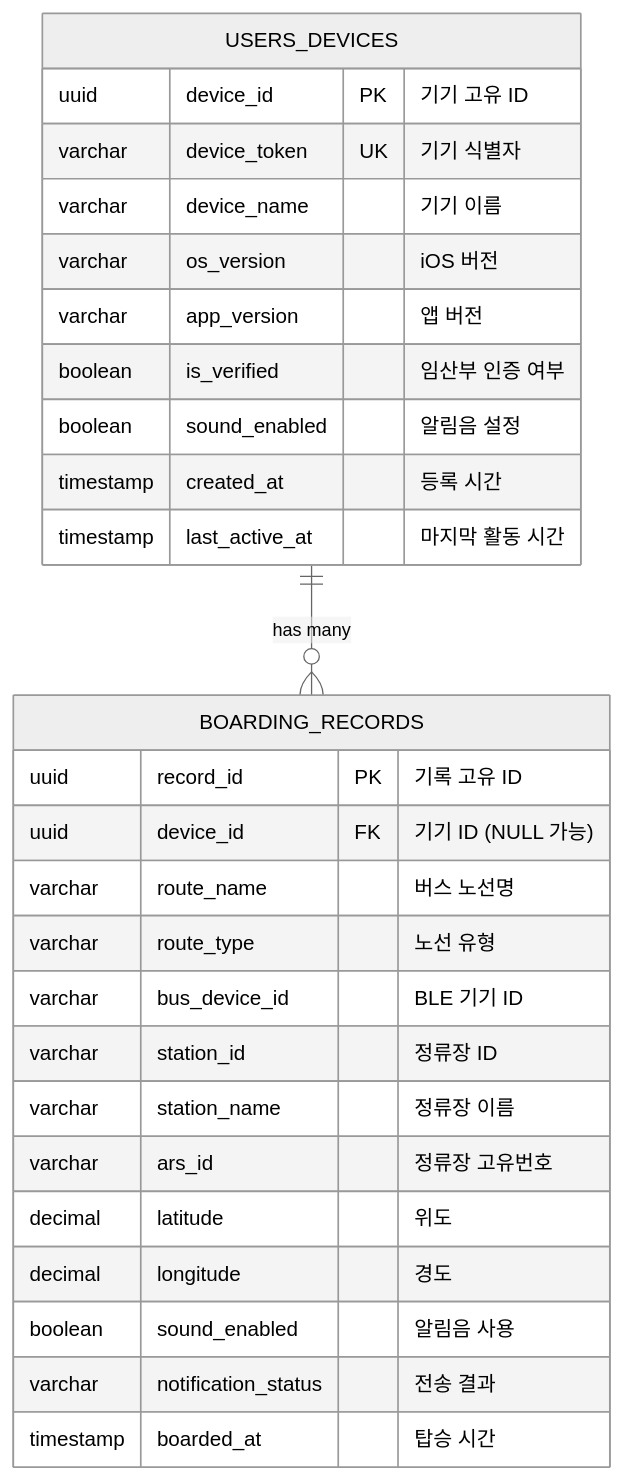
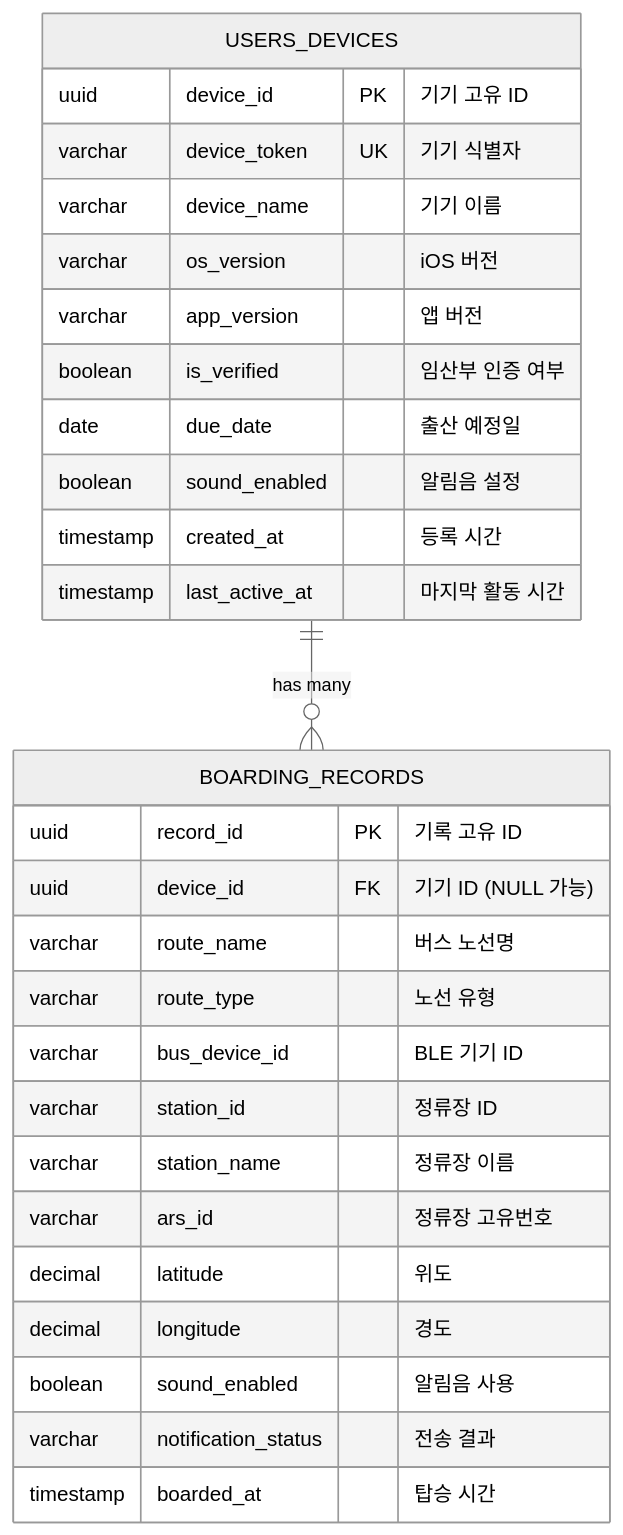
The first of 2 diagrams in backend/docs/ERD.md (ParkSeongGeun/dream_semester_2026_1), drawn with Mermaid (neutral theme) before and after one commit. The commit also changed other lines of this file and 2 other files, not shown here.

Commit message:
[Feat] 출산 예정일 필드 추가

````diff
--- a/backend/docs/ERD.md
+++ b/backend/docs/ERD.md
@@ -11,32 +11,33 @@
 ```mermaid
 erDiagram
     USERS_DEVICES ||--o{ BOARDING_RECORDS : "has many"
 
     USERS_DEVICES {
         uuid device_id PK "기기 고유 ID"
         varchar device_token UK "기기 식별자"
         varchar device_name "기기 이름"
         varchar os_version "iOS 버전"
         varchar app_version "앱 버전"
         boolean is_verified "임산부 인증 여부"
+        date due_date "출산 예정일"
         boolean sound_enabled "알림음 설정"
         timestamp created_at "등록 시간"
         timestamp last_active_at "마지막 활동 시간"
     }
 
     BOARDING_RECORDS {
         uuid record_id PK "기록 고유 ID"
         uuid device_id FK "기기 ID (NULL 가능)"
         varchar route_name "버스 노선명"
         varchar route_type "노선 유형"
         varchar bus_device_id "BLE 기기 ID"
         varchar station_id "정류장 ID"
         varchar station_name "정류장 이름"
         varchar ars_id "정류장 고유번호"
         decimal latitude "위도"
         decimal longitude "경도"
         boolean sound_enabled "알림음 사용"
         varchar notification_status "전송 결과"
         timestamp boarded_at "탑승 시간"
     }
 ```
````
